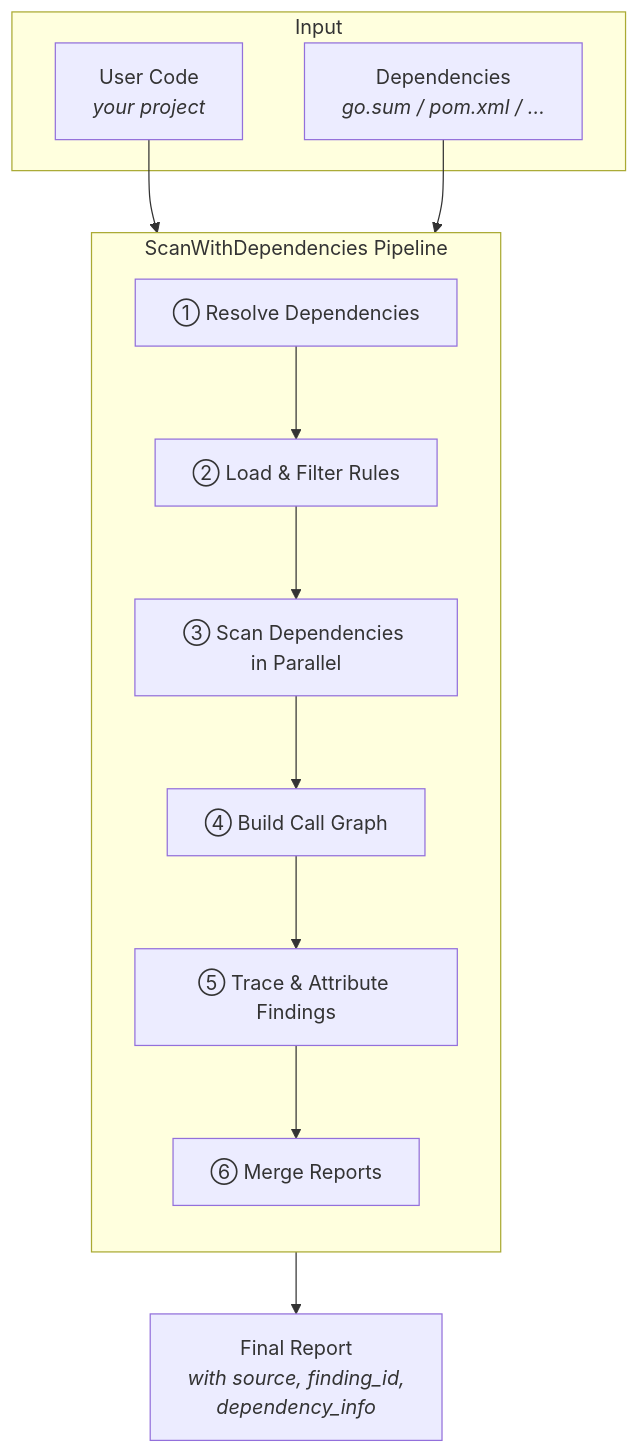
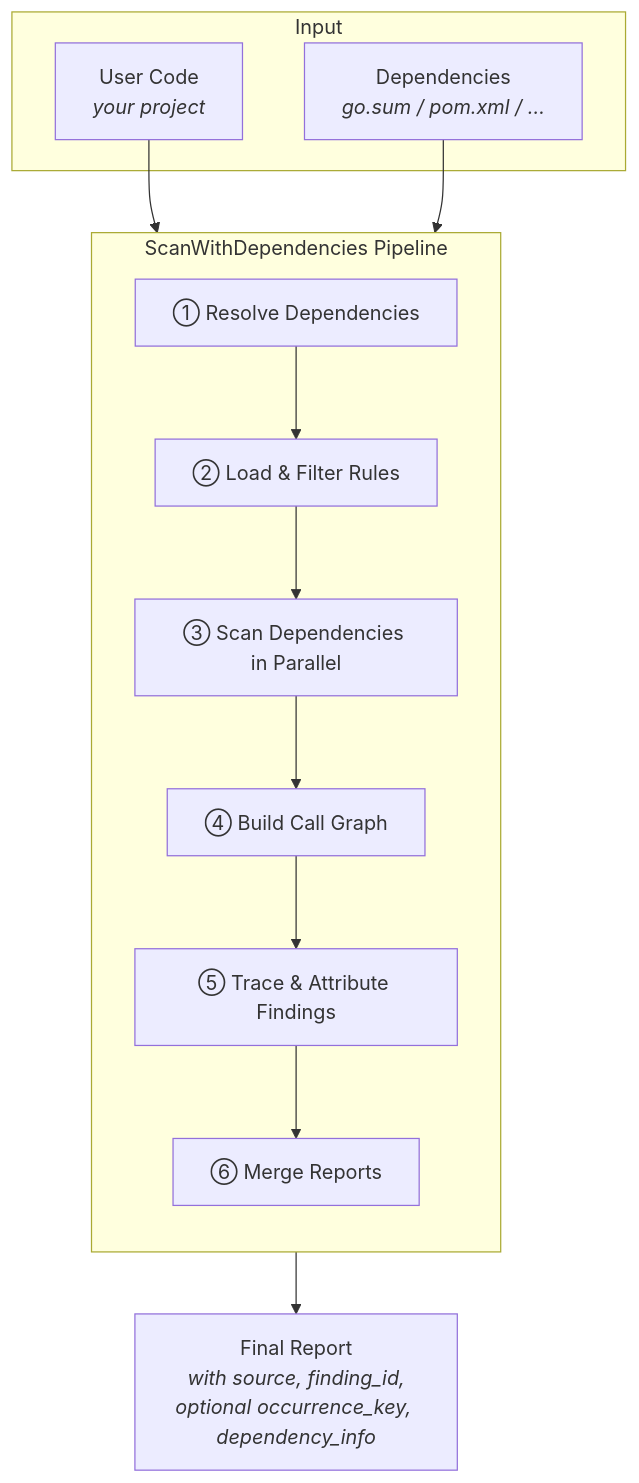
Before and after one commit to scanoss/crypto-finder: the first of 7 diagrams in docs/DEPENDENCY_SCANNING.md, drawn with Mermaid. The commit also changed other lines of this file and 35 other files, not shown here.

````diff
--- a/docs/DEPENDENCY_SCANNING.md
+++ b/docs/DEPENDENCY_SCANNING.md
@@ -11,24 +11,24 @@
 ```mermaid
 flowchart TB
     subgraph Input
         UC[User Code<br/><i>your project</i>]
         DEP[Dependencies<br/><i>go.sum / pom.xml / ...</i>]
     end
 
     subgraph Pipeline["ScanWithDependencies Pipeline"]
         direction TB
         S1["① Resolve Dependencies"]
         S2["② Load & Filter Rules"]
         S3["③ Scan Dependencies in Parallel"]
         S4["④ Build Call Graph"]
         S5["⑤ Trace & Attribute Findings"]
         S6["⑥ Merge Reports"]
 
         S1 --> S2 --> S3 --> S4 --> S5 --> S6
     end
 
     UC --> S1
     DEP --> S1
 
-    S6 --> OUT[Final Report<br/><i>with source, finding_id,<br/>dependency_info</i>]
+    S6 --> OUT[Final Report<br/><i>with source, finding_id,<br/>optional occurrence_key, dependency_info</i>]
 ```
````
